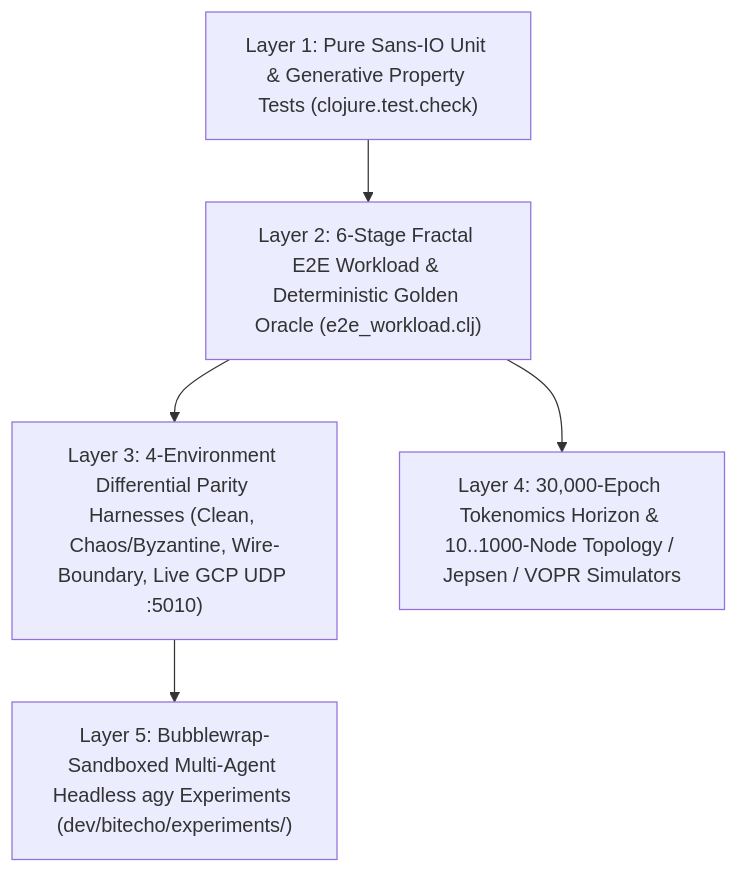
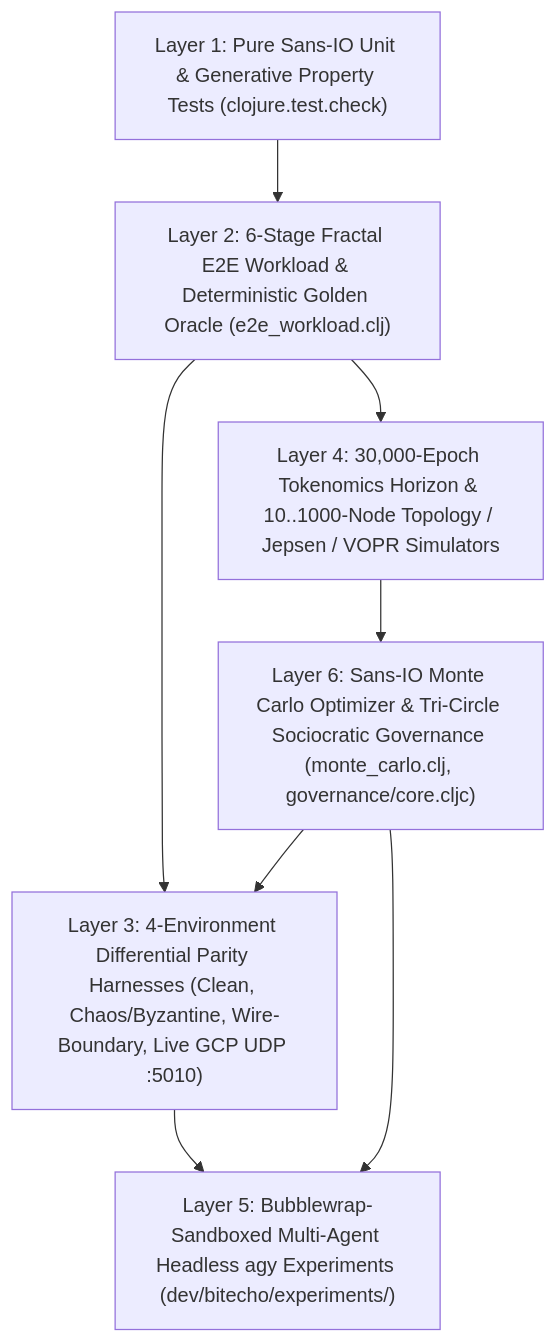
Before and after one commit to alpeware/bitecho: the diagram in docs/simulation_and_stress_testing.md, drawn with Mermaid. The commit also changed other lines of this file and 9 other files, not shown here.

Commit message:
feat(economy,governance): add Sans-IO Monte Carlo optimizer and Tri-Circle Sociocratic governance protocol (Milestones D19 & D20)

````diff
--- a/docs/simulation_and_stress_testing.md
+++ b/docs/simulation_and_stress_testing.md
@@ -11,13 +11,17 @@
 ```mermaid
 flowchart TD
     L1["Layer 1: Pure Sans-IO Unit & Generative Property Tests (clojure.test.check)"]
     L2["Layer 2: 6-Stage Fractal E2E Workload & Deterministic Golden Oracle (e2e_workload.clj)"]
     L3["Layer 3: 4-Environment Differential Parity Harnesses (Clean, Chaos/Byzantine, Wire-Boundary, Live GCP UDP :5010)"]
     L4["Layer 4: 30,000-Epoch Tokenomics Horizon & 10..1000-Node Topology / Jepsen / VOPR Simulators"]
     L5["Layer 5: Bubblewrap-Sandboxed Multi-Agent Headless agy Experiments (dev/bitecho/experiments/)"]
+    L6["Layer 6: Sans-IO Monte Carlo Optimizer & Tri-Circle Sociocratic Governance (monte_carlo.clj, governance/core.cljc)"]
 
     L1 --> L2
     L2 --> L3
     L2 --> L4
     L3 --> L5
+    L4 --> L6
+    L6 --> L3
+    L6 --> L5
 ```
````
